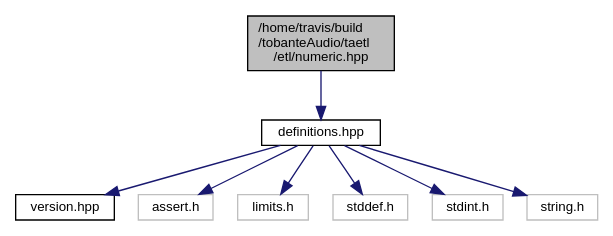
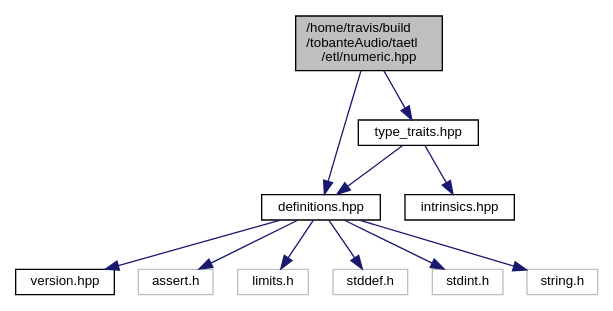
Before and after one commit to tobanteAudio/taetl: the diagram in numeric_8hpp__incl.dot, drawn with Graphviz. The commit also changed 127 other files, not shown here.

```diff
--- a/numeric_8hpp__incl.dot
+++ b/numeric_8hpp__incl.dot
@@ -1,20 +1,25 @@
 digraph "/home/travis/build/tobanteAudio/taetl/etl/numeric.hpp"
 {
   edge [fontname="Helvetica",fontsize="10",labelfontname="Helvetica",labelfontsize="10"];
   node [fontname="Helvetica",fontsize="10",shape=record];
   Node0 [label="/home/travis/build\l/tobanteAudio/taetl\l/etl/numeric.hpp",height=0.2,width=0.4,color="black", fillcolor="grey75", style="filled", fontcolor="black"];
   Node0 -> Node1 [color="midnightblue",fontsize="10",style="solid",fontname="Helvetica"];
   Node1 [label="definitions.hpp",height=0.2,width=0.4,color="black", fillcolor="white", style="filled",URL="$definitions_8hpp.html"];
   Node1 -> Node2 [color="midnightblue",fontsize="10",style="solid",fontname="Helvetica"];
   Node2 [label="version.hpp",height=0.2,width=0.4,color="black", fillcolor="white", style="filled",URL="$version_8hpp.html"];
   Node1 -> Node3 [color="midnightblue",fontsize="10",style="solid",fontname="Helvetica"];
   Node3 [label="assert.h",height=0.2,width=0.4,color="grey75", fillcolor="white", style="filled"];
   Node1 -> Node4 [color="midnightblue",fontsize="10",style="solid",fontname="Helvetica"];
   Node4 [label="limits.h",height=0.2,width=0.4,color="grey75", fillcolor="white", style="filled"];
   Node1 -> Node5 [color="midnightblue",fontsize="10",style="solid",fontname="Helvetica"];
   Node5 [label="stddef.h",height=0.2,width=0.4,color="grey75", fillcolor="white", style="filled"];
   Node1 -> Node6 [color="midnightblue",fontsize="10",style="solid",fontname="Helvetica"];
   Node6 [label="stdint.h",height=0.2,width=0.4,color="grey75", fillcolor="white", style="filled"];
   Node1 -> Node7 [color="midnightblue",fontsize="10",style="solid",fontname="Helvetica"];
   Node7 [label="string.h",height=0.2,width=0.4,color="grey75", fillcolor="white", style="filled"];
+  Node0 -> Node8 [color="midnightblue",fontsize="10",style="solid",fontname="Helvetica"];
+  Node8 [label="type_traits.hpp",height=0.2,width=0.4,color="black", fillcolor="white", style="filled",URL="$type__traits_8hpp.html"];
+  Node8 -> Node1 [color="midnightblue",fontsize="10",style="solid",fontname="Helvetica"];
+  Node8 -> Node9 [color="midnightblue",fontsize="10",style="solid",fontname="Helvetica"];
+  Node9 [label="intrinsics.hpp",height=0.2,width=0.4,color="black", fillcolor="white", style="filled",URL="$intrinsics_8hpp.html"];
 }
```
